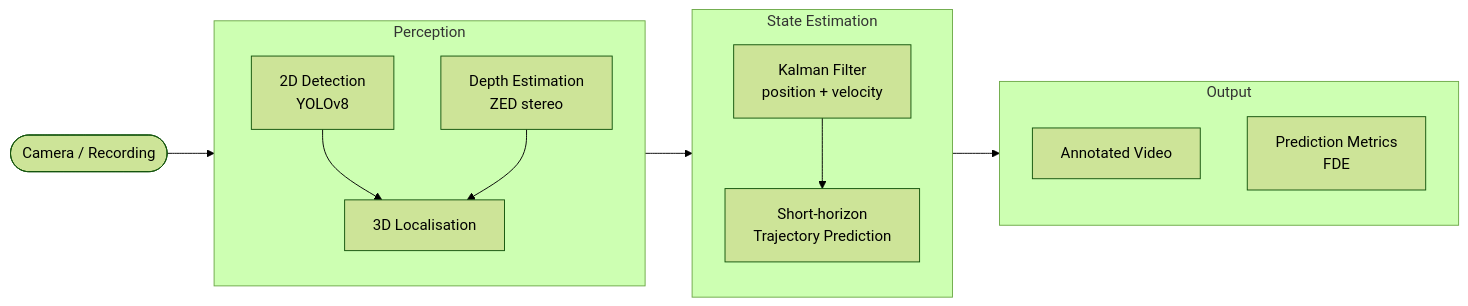
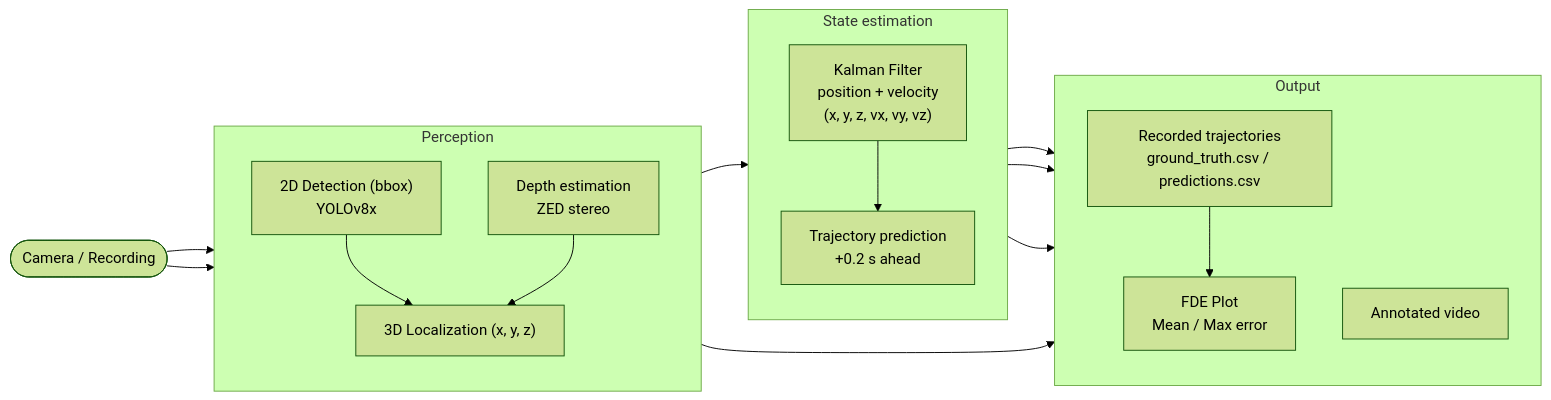
The diagram in software/3dpipe/architecture_overview.md (Vivaldi42/moving-obstacle-prediction), drawn with Mermaid (forest theme) before and after one commit. The commit also changed 1 other file, not shown here.

Commit message:
Architecture diagrams

````diff
--- a/software/3dpipe/architecture_overview.md
+++ b/software/3dpipe/architecture_overview.md
@@ -3,27 +3,32 @@
 ```mermaid
 flowchart LR
     SENSOR([Camera / Recording])
 
-    SENSOR --> PERCEIVE
-    PERCEIVE --> TRACK
-    TRACK --> OUTPUT
+    SENSOR --> A
+    SENSOR --> B
+    C --> D
+    C --> CSV
+    D --> VIS
+    E --> VIS
+    E --> CSV
 
     subgraph PERCEIVE["Perception"]
         direction TB
-        A["2D Detection\nYOLOv8"]
-        B["Depth Estimation\nZED stereo"]
-        A & B --> C["3D Localisation"]
+        A["2D Detection (bbox)<br/>YOLOv8x"]
+        B["Depth estimation<br/>ZED stereo"]
+        A & B --> C["3D Localization (x, y, z)"]
     end
 
-    subgraph TRACK["State Estimation"]
+    subgraph TRACK["State estimation"]
         direction TB
-        D["Kalman Filter\nposition + velocity"]
-        D --> E["Short-horizon\nTrajectory Prediction"]
+        D["Kalman Filter<br/>position + velocity <br/>(x, y, z, vx, vy, vz)"]
+        D --> E["Trajectory prediction<br/>+0.2 s ahead"]
     end
 
     subgraph OUTPUT["Output"]
         direction TB
-        VIS["Annotated Video"]
-        EVAL["Prediction Metrics\nFDE"]
+        VIS["Annotated video"]
+        CSV["Recorded trajectories<br/>ground_truth.csv / predictions.csv"]
+        CSV --> PLOT["FDE Plot<br/>Mean / Max error"]
     end
 ```
````
